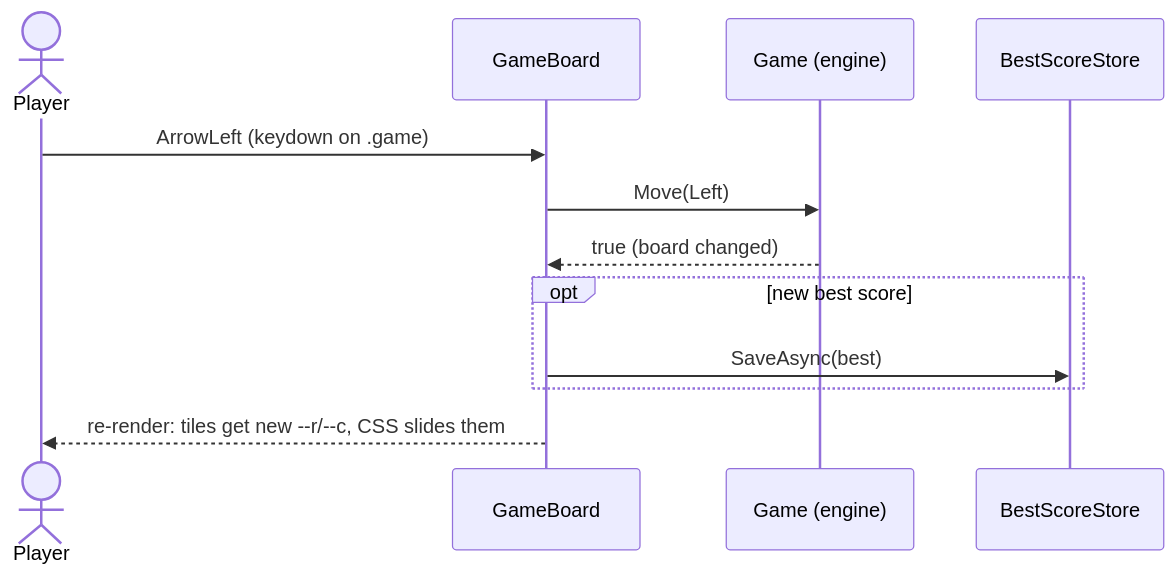
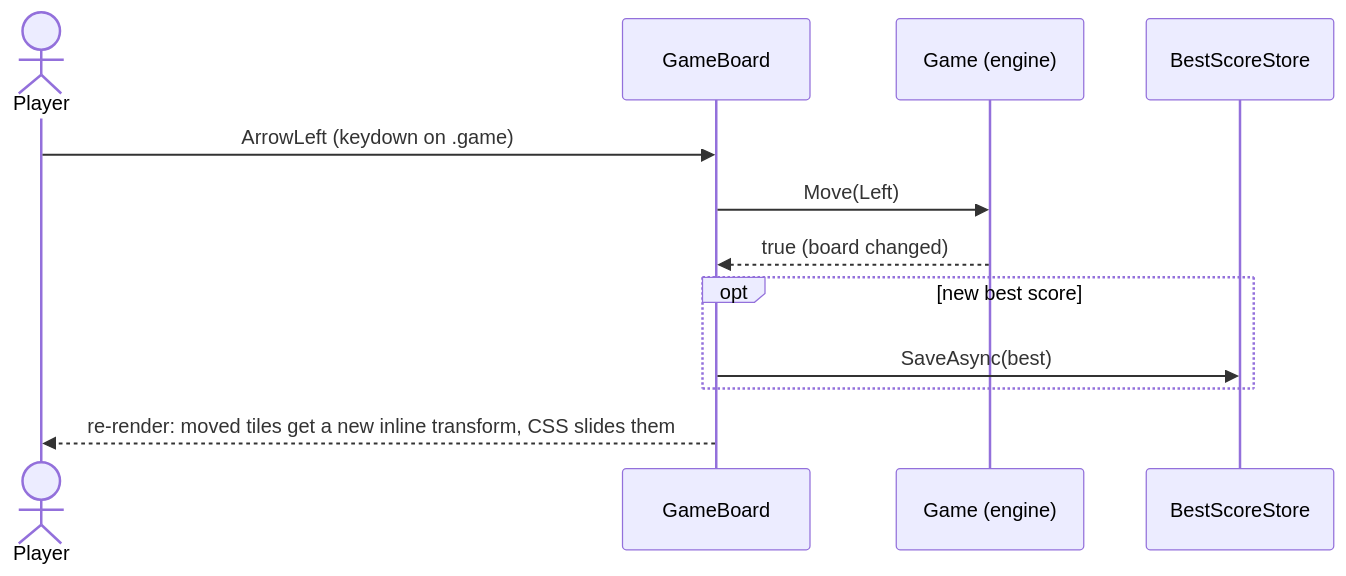
One commit to gkizior/blazor-2048 changed the first of 2 diagrams in docs/components.md. Above: the diagram before and after it, drawn with Mermaid. The commit also changed other lines of this file and 26 other files, not shown here.

````diff
--- a/docs/components.md
+++ b/docs/components.md
@@ -19,15 +20,15 @@
 ```mermaid
 sequenceDiagram
     accTitle: Handling a key press
     actor Player
     participant Board as GameBoard
     participant Game as Game (engine)
     participant Store as BestScoreStore
     Player->>Board: ArrowLeft (keydown on .game)
     Board->>Game: Move(Left)
     Game-->>Board: true (board changed)
     opt new best score
         Board->>Store: SaveAsync(best)
     end
-    Board-->>Player: re-render: tiles get new --r/--c, CSS slides them
+    Board-->>Player: re-render: moved tiles get a new inline transform, CSS slides them
 ```
````
